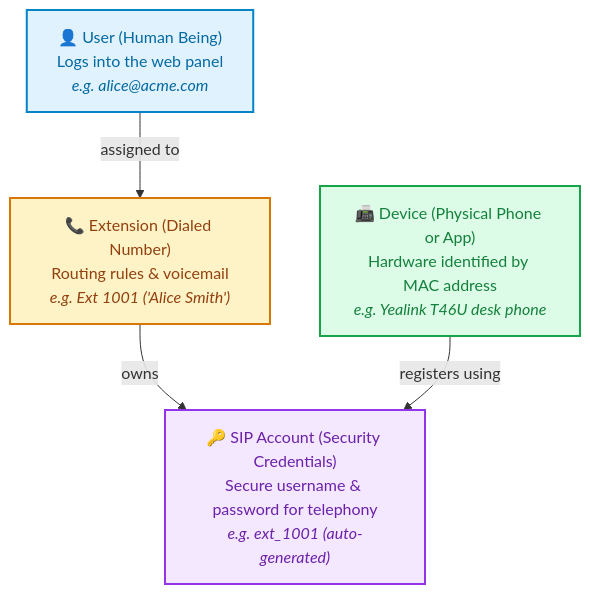
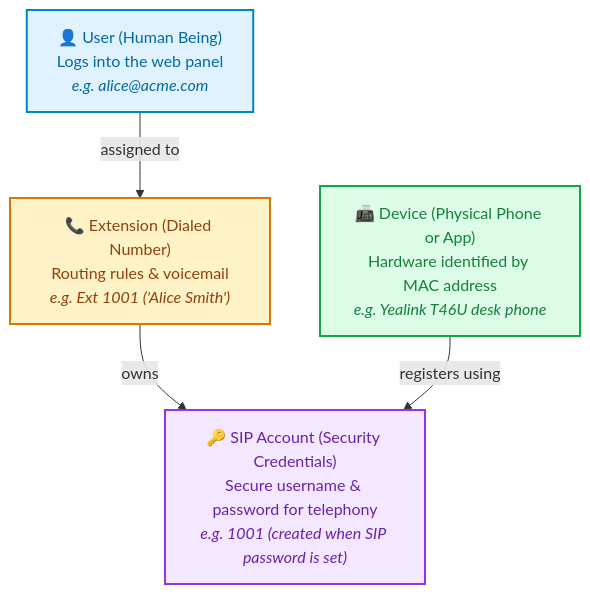
The diagram in docs/pbx-concepts.md (tallpbx/tallpbx), drawn with Mermaid before and after one commit. The commit also changed 11 other files, not shown here.

````diff
--- a/docs/pbx-concepts.md
+++ b/docs/pbx-concepts.md
@@ -30,16 +30,16 @@
 ```mermaid
 graph TD
     classDef person fill:#e0f2fe,stroke:#0284c7,stroke-width:2px,color:#0369a1;
     classDef number fill:#fef3c7,stroke:#d97706,stroke-width:2px,color:#92400e;
     classDef secret fill:#f3e8ff,stroke:#9333ea,stroke-width:2px,color:#6b21a8;
     classDef phone fill:#dcfce7,stroke:#16a34a,stroke-width:2px,color:#15803d;
 
     User["👤 User (Human Being)<br/>Logs into the web panel<br/><i>e.g. alice@acme.com</i>"]:::person
     Ext["📞 Extension (Dialed Number)<br/>Routing rules & voicemail<br/><i>e.g. Ext 1001 ('Alice Smith')</i>"]:::number
-    Sip["🔑 SIP Account (Security Credentials)<br/>Secure username & password for telephony<br/><i>e.g. ext_1001 (auto-generated)</i>"]:::secret
+    Sip["🔑 SIP Account (Security Credentials)<br/>Secure username & password for telephony<br/><i>e.g. 1001 (created when SIP password is set)</i>"]:::secret
     Device["📠 Device (Physical Phone or App)<br/>Hardware identified by MAC address<br/><i>e.g. Yealink T46U desk phone</i>"]:::phone
 
     User -->|"assigned to"| Ext
     Ext -->|"owns"| Sip
     Device -->|"registers using"| Sip
 ```
````
